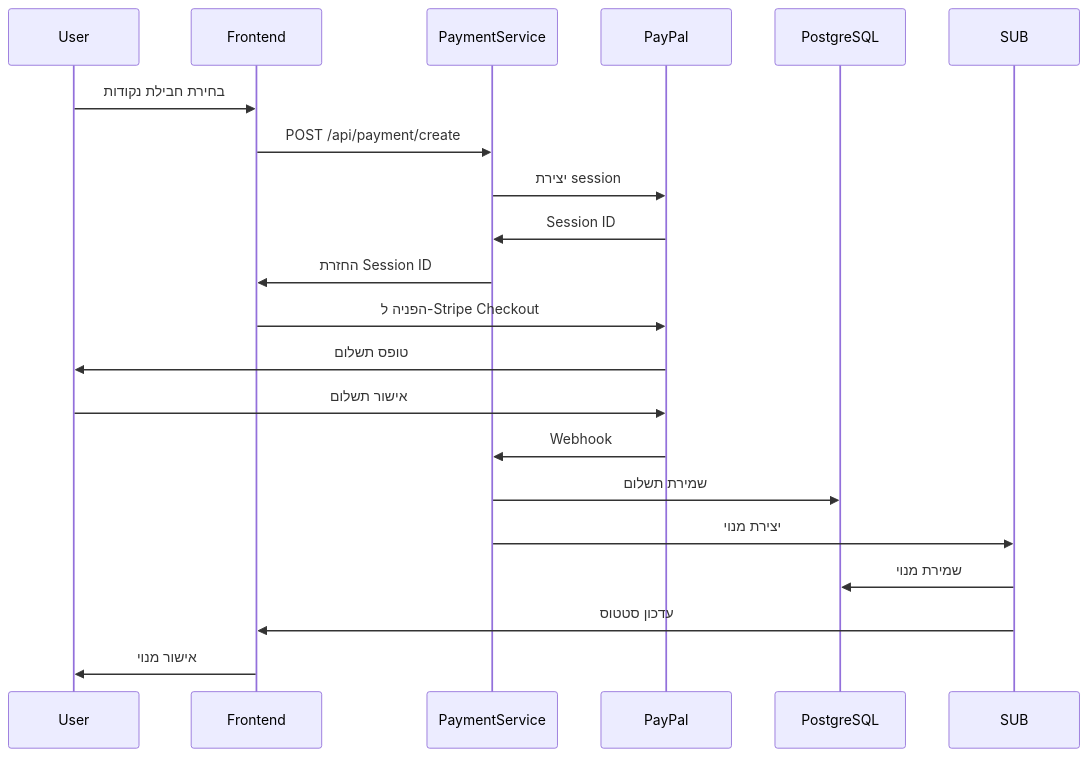
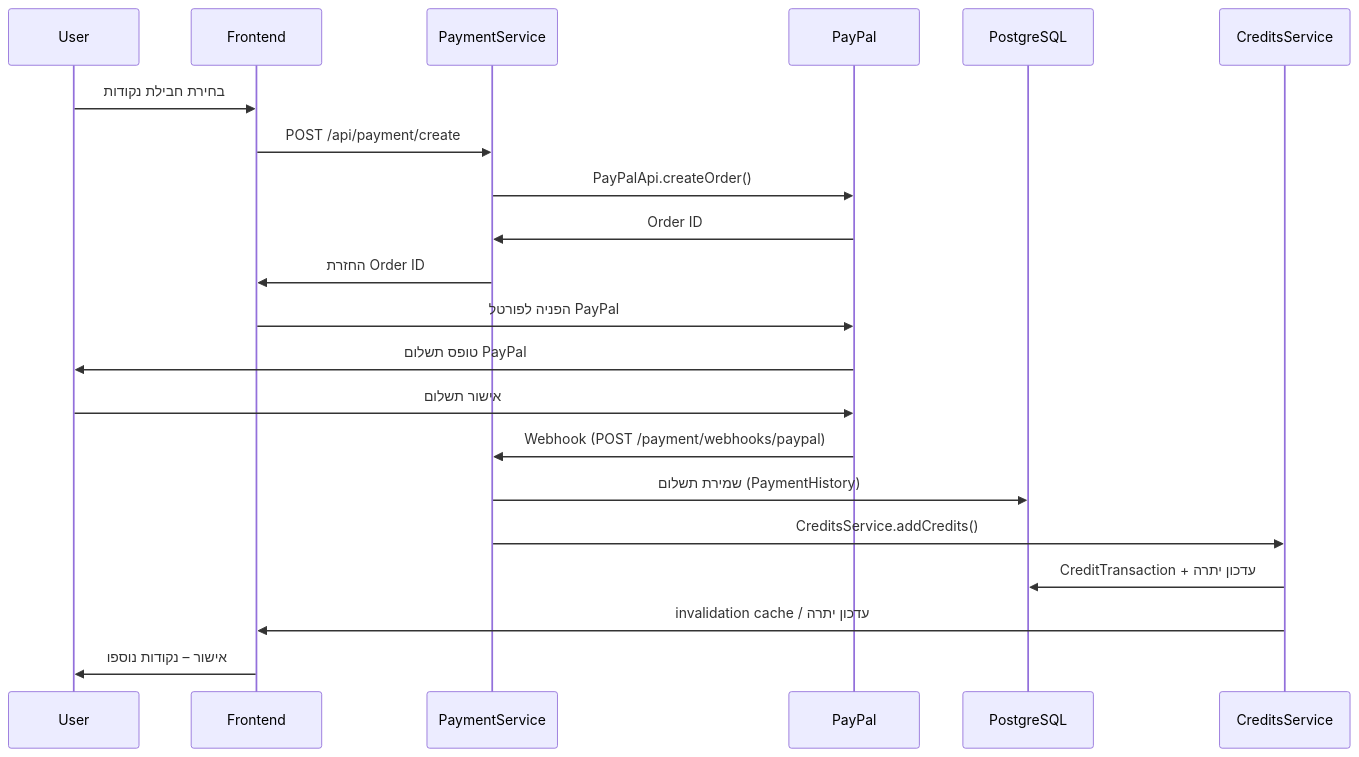
Before and after one commit to IsraelRub/EveryTriv: diagram 17 of 28 in docs/DIAGRAMS.md, drawn with Mermaid. The commit also changed other lines of this file and 576 other files, not shown here.

````diff
--- a/docs/DIAGRAMS.md
+++ b/docs/DIAGRAMS.md
@@ -1097,23 +1149,24 @@
 ```mermaid
 sequenceDiagram
     participant U as User
     participant F as Frontend
     participant P as PaymentService
     participant S as PayPal
     participant DB as PostgreSQL
+    participant C as CreditsService
 
     U->>F: בחירת חבילת נקודות
     F->>P: POST /api/payment/create
-    P->>S: יצירת session
-    S->>P: Session ID
-    P->>F: החזרת Session ID
-    F->>S: הפניה ל-Stripe Checkout
-    S->>U: טופס תשלום
+    P->>S: PayPalApi.createOrder()
+    S->>P: Order ID
+    P->>F: החזרת Order ID
+    F->>S: הפניה לפורטל PayPal
+    S->>U: טופס תשלום PayPal
     U->>S: אישור תשלום
-    S->>P: Webhook
-    P->>DB: שמירת תשלום
-    P->>SUB: יצירת מנוי
-    SUB->>DB: שמירת מנוי
-    SUB->>F: עדכון סטטוס
-    F->>U: אישור מנוי
+    S->>P: Webhook (POST /payment/webhooks/paypal)
+    P->>DB: שמירת תשלום (PaymentHistory)
+    P->>C: CreditsService.addCredits()
+    C->>DB: CreditTransaction + עדכון יתרה
+    C->>F: invalidation cache / עדכון יתרה
+    F->>U: אישור – נקודות נוספו
 ```
````
